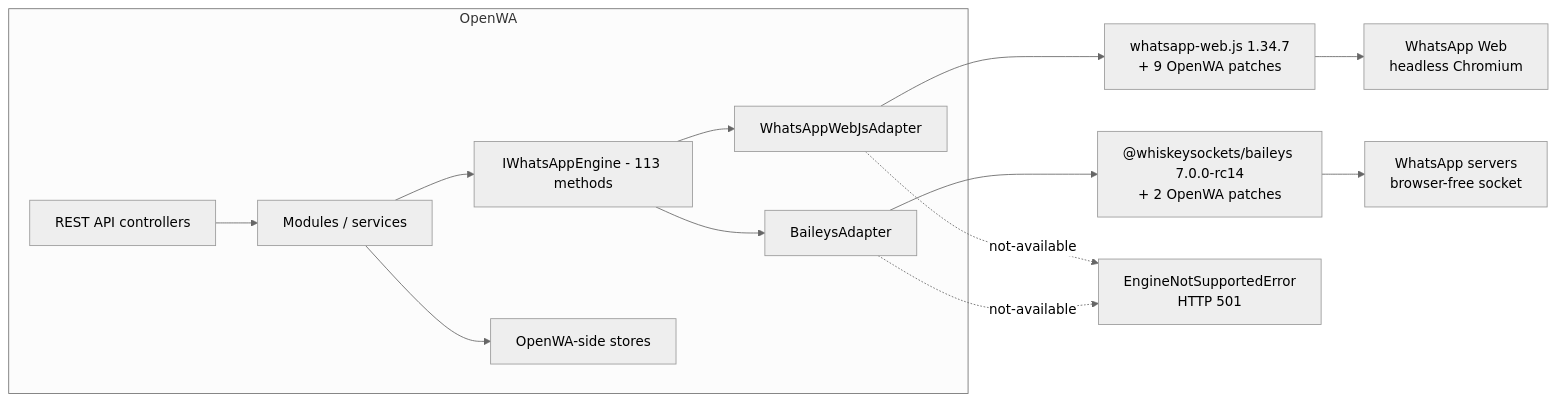
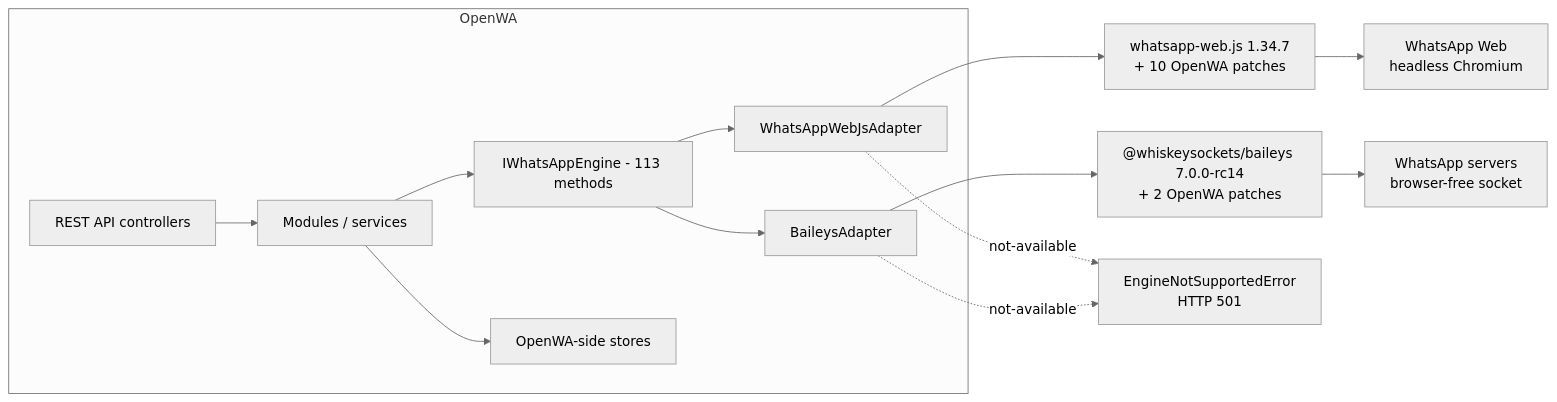
One commit to AntoineTROOVY/Sherlo changed the first of 2 diagrams in docs/29-engine-capability-matrix.md. Above: the diagram before and after it, drawn with Mermaid (neutral theme). The commit also changed other lines of this file and 9 other files, not shown here.

````diff
--- a/docs/29-engine-capability-matrix.md
+++ b/docs/29-engine-capability-matrix.md
@@ -43,16 +43,16 @@
 ```mermaid
 flowchart LR
     subgraph OpenWA["OpenWA"]
         API["REST API controllers"] --> SVC["Modules / services"]
         SVC --> IF["IWhatsAppEngine - 113 methods"]
         IF --> WA["WhatsAppWebJsAdapter"]
         IF --> BA["BaileysAdapter"]
         SVC --> STORE["OpenWA-side stores"]
     end
-    WA --> WLIB["whatsapp-web.js 1.34.7<br/>+ 9 OpenWA patches"]
+    WA --> WLIB["whatsapp-web.js 1.34.7<br/>+ 10 OpenWA patches"]
     BA --> BLIB["@whiskeysockets/baileys 7.0.0-rc14<br/>+ 2 OpenWA patches"]
     WLIB --> WEB["WhatsApp Web<br/>headless Chromium"]
     BLIB --> WAS["WhatsApp servers<br/>browser-free socket"]
     WA -.->|"not-available"| E["EngineNotSupportedError<br/>HTTP 501"]
     BA -.->|"not-available"| E
 ```
````
